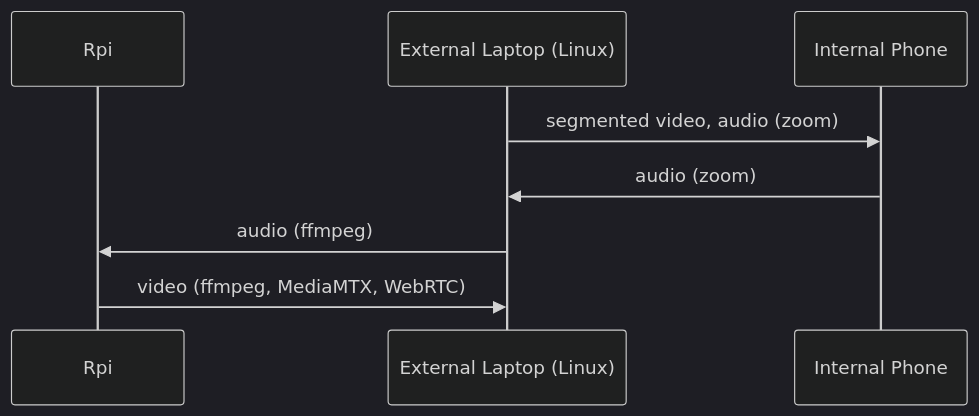
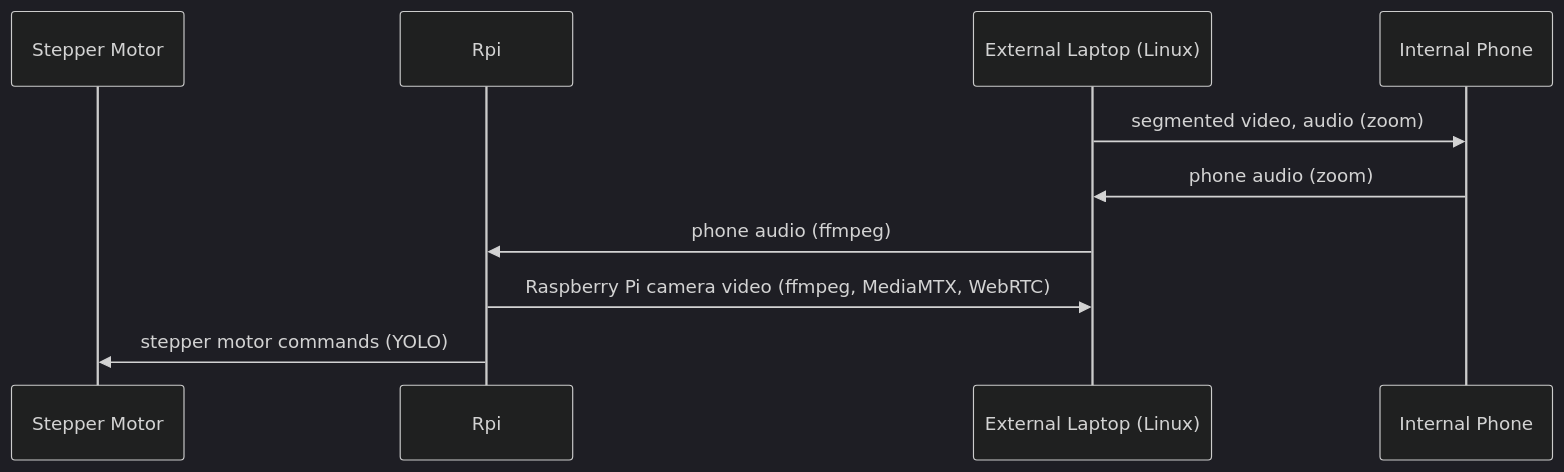
One commit to bwt2/MERIDIAN changed the diagram in README.md. Above: the diagram before and after it, drawn with Mermaid (dark theme).

Commit message:
Update service architecture diagram in README

````diff
--- a/README.md
+++ b/README.md
@@ -77,11 +77,13 @@
 ```mermaid
 sequenceDiagram
+  participant SM as Stepper Motor
   participant RPI as Rpi
   participant EL as External Laptop (Linux)
   participant IP as Internal Phone
 
   EL ->> IP: segmented video, audio (zoom)
-  IP ->> EL: audio (zoom)
-  EL ->> RPI: audio (ffmpeg)
-  RPI ->> EL: video (ffmpeg, MediaMTX, WebRTC)
+  IP ->> EL: phone audio (zoom)
+  EL ->> RPI: phone audio (ffmpeg)
+  RPI ->> EL: Raspberry Pi camera video (ffmpeg, MediaMTX, WebRTC)
+  RPI ->> SM: stepper motor commands (YOLO)
 ```
````
